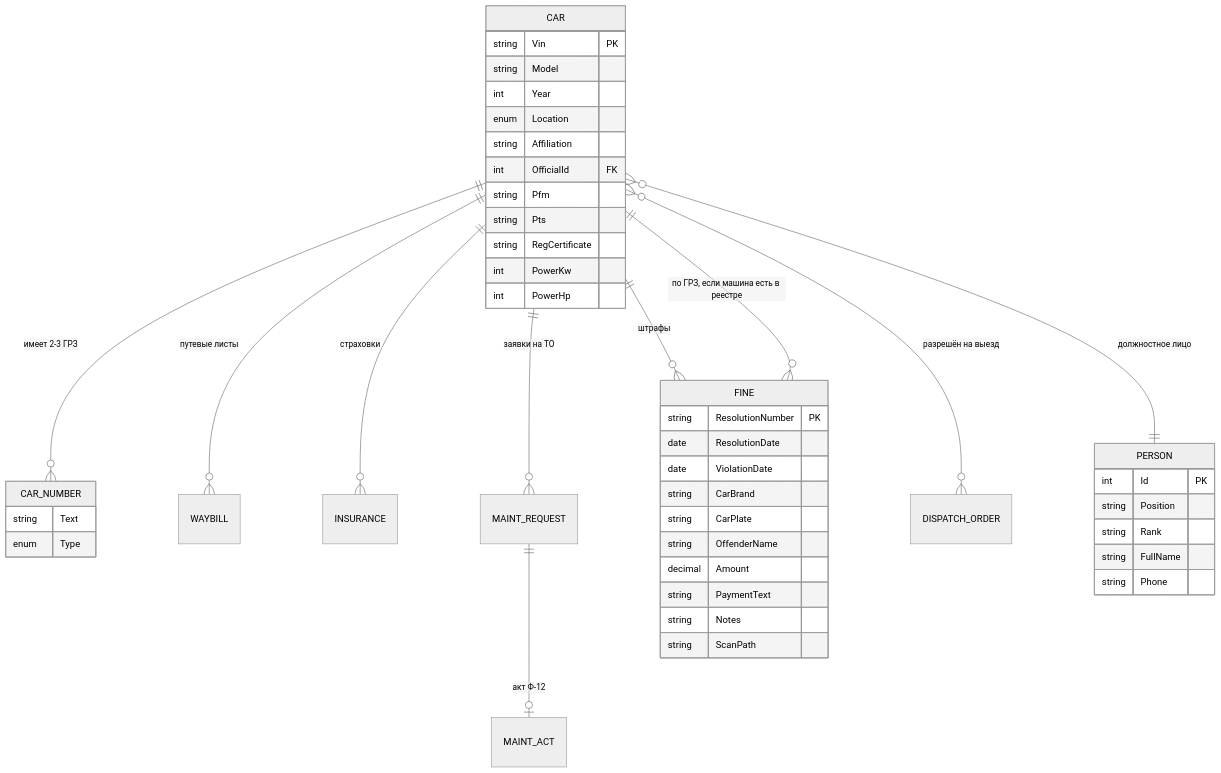
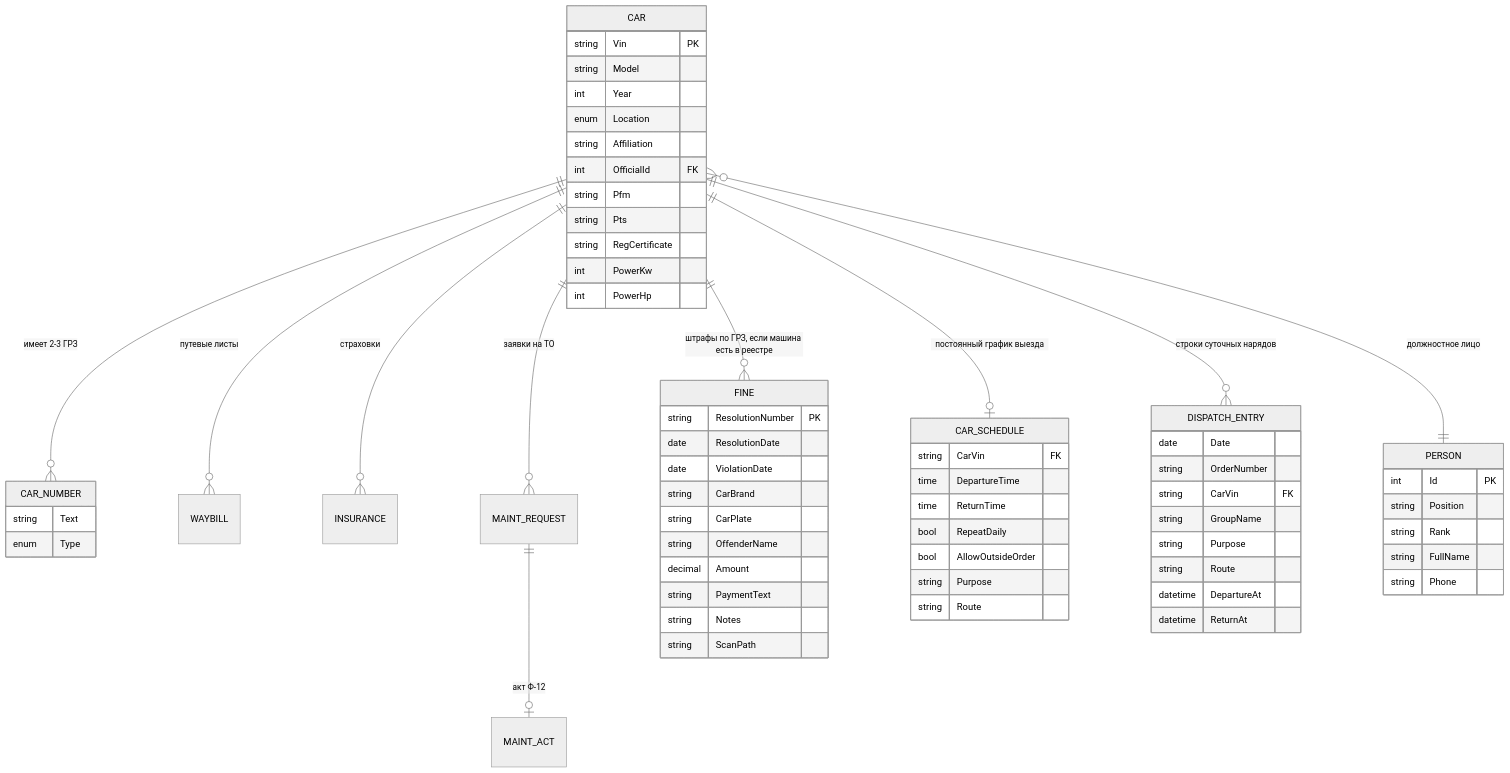
The first of 2 diagrams in docs/DESIGN.md (Rudzeris/ParkApp), drawn with Mermaid (neutral theme) before and after one commit. The commit also changed other lines of this file and 31 other files, not shown here.

````diff
--- a/docs/DESIGN.md
+++ b/docs/DESIGN.md
@@ -69,50 +69,69 @@
 ```mermaid
 erDiagram
     CAR ||--o{ CAR_NUMBER      : "имеет 2-3 ГРЗ"
     CAR ||--o{ WAYBILL         : "путевые листы"
     CAR ||--o{ INSURANCE       : "страховки"
     CAR ||--o{ MAINT_REQUEST   : "заявки на ТО"
-    CAR ||--o{ FINE            : "штрафы"
-    CAR }o--o{ DISPATCH_ORDER  : "разрешён на выезд"
+    CAR ||--o{ FINE            : "штрафы по ГРЗ, если машина есть в реестре"
+    CAR ||--o| CAR_SCHEDULE    : "постоянный график выезда"
+    CAR ||--o{ DISPATCH_ENTRY  : "строки суточных нарядов"
     CAR }o--|| PERSON          : "должностное лицо"
-    CAR ||--o{ FINE            : "по ГРЗ, если машина есть в реестре"
     MAINT_REQUEST ||--o| MAINT_ACT : "акт Ф-12"
 
     PERSON {
         int Id PK
         string Position
         string Rank
         string FullName
         string Phone
     }
 
     CAR {
         string Vin PK
         string Model
         int Year
         enum Location
         string Affiliation
         int OfficialId FK
         string Pfm
         string Pts
         string RegCertificate
         int PowerKw
         int PowerHp
     }
     CAR_NUMBER {
         string Text
         enum Type
     }
     FINE {
         string ResolutionNumber PK
         date ResolutionDate
         date ViolationDate
         string CarBrand
         string CarPlate
         string OffenderName
         decimal Amount
         string PaymentText
         string Notes
         string ScanPath
     }
+    CAR_SCHEDULE {
+        string CarVin FK
+        time DepartureTime
+        time ReturnTime
+        bool RepeatDaily
+        bool AllowOutsideOrder
+        string Purpose
+        string Route
+    }
+    DISPATCH_ENTRY {
+        date Date
+        string OrderNumber
+        string CarVin FK
+        string GroupName
+        string Purpose
+        string Route
+        datetime DepartureAt
+        datetime ReturnAt
+    }
 ```
````
